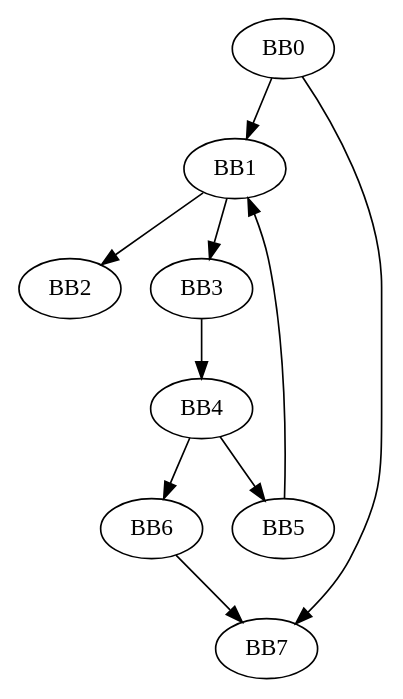
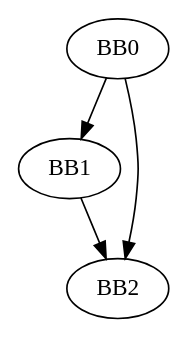
One commit to Jaseci-Labs/jaseci changed the diagram in cfg.gv. Above: the diagram before and after it, drawn with Graphviz. The commit also changed 10 other files, not shown here.

```diff
--- a/cfg.gv
+++ b/cfg.gv
@@ -1,20 +1,9 @@
 // Control Flow Graph
 digraph {
 	bb0 [label=BB0]
 	bb1 [label=BB1]
 	bb2 [label=BB2]
-	bb3 [label=BB3]
-	bb4 [label=BB4]
-	bb5 [label=BB5]
-	bb6 [label=BB6]
-	bb7 [label=BB7]
-	bb0 -> bb7
+	bb0 -> bb2
 	bb0 -> bb1
-	bb1 -> bb3
 	bb1 -> bb2
-	bb3 -> bb4
-	bb4 -> bb6
-	bb4 -> bb5
-	bb5 -> bb1
-	bb6 -> bb7
 }
```
